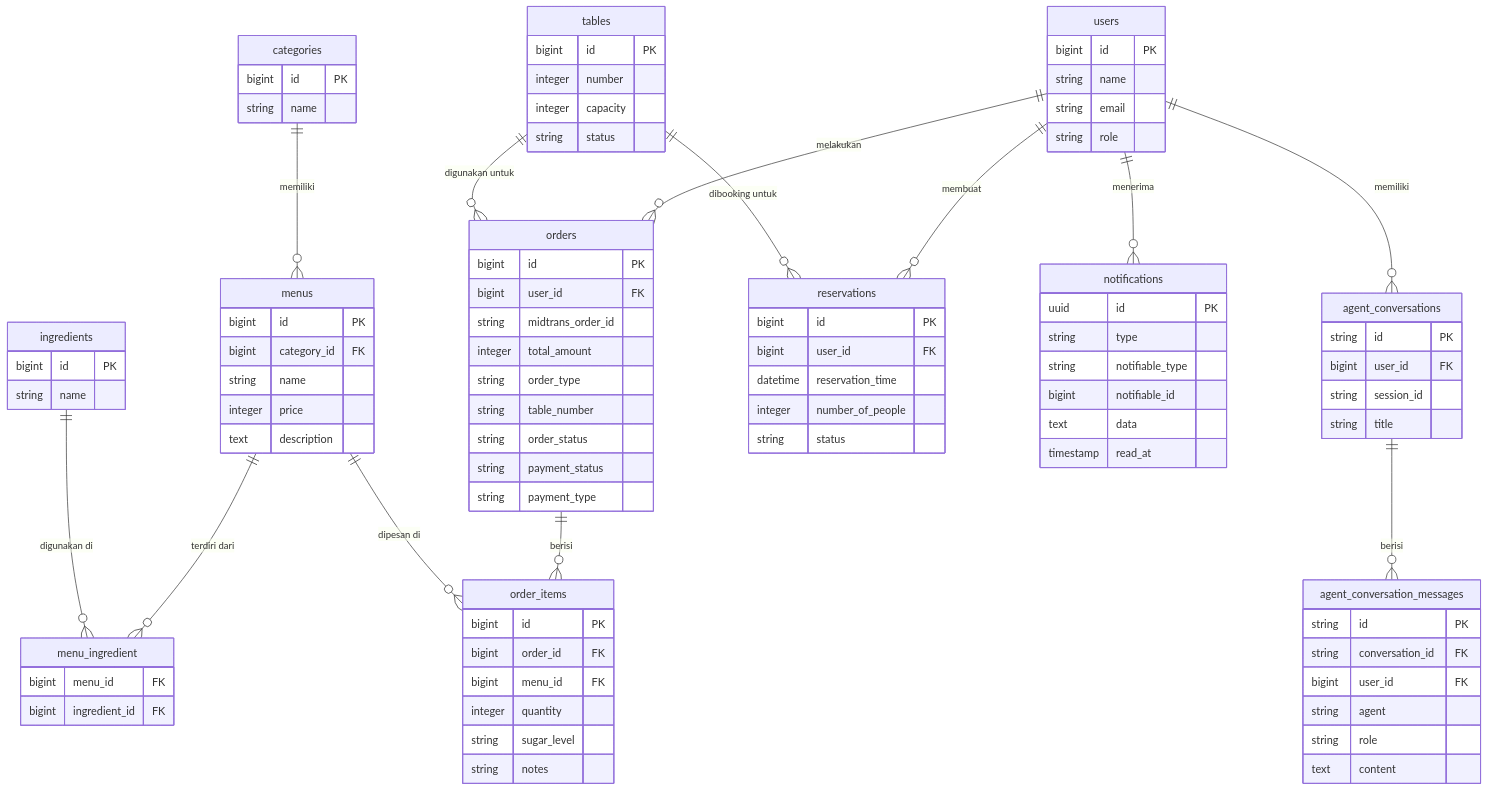
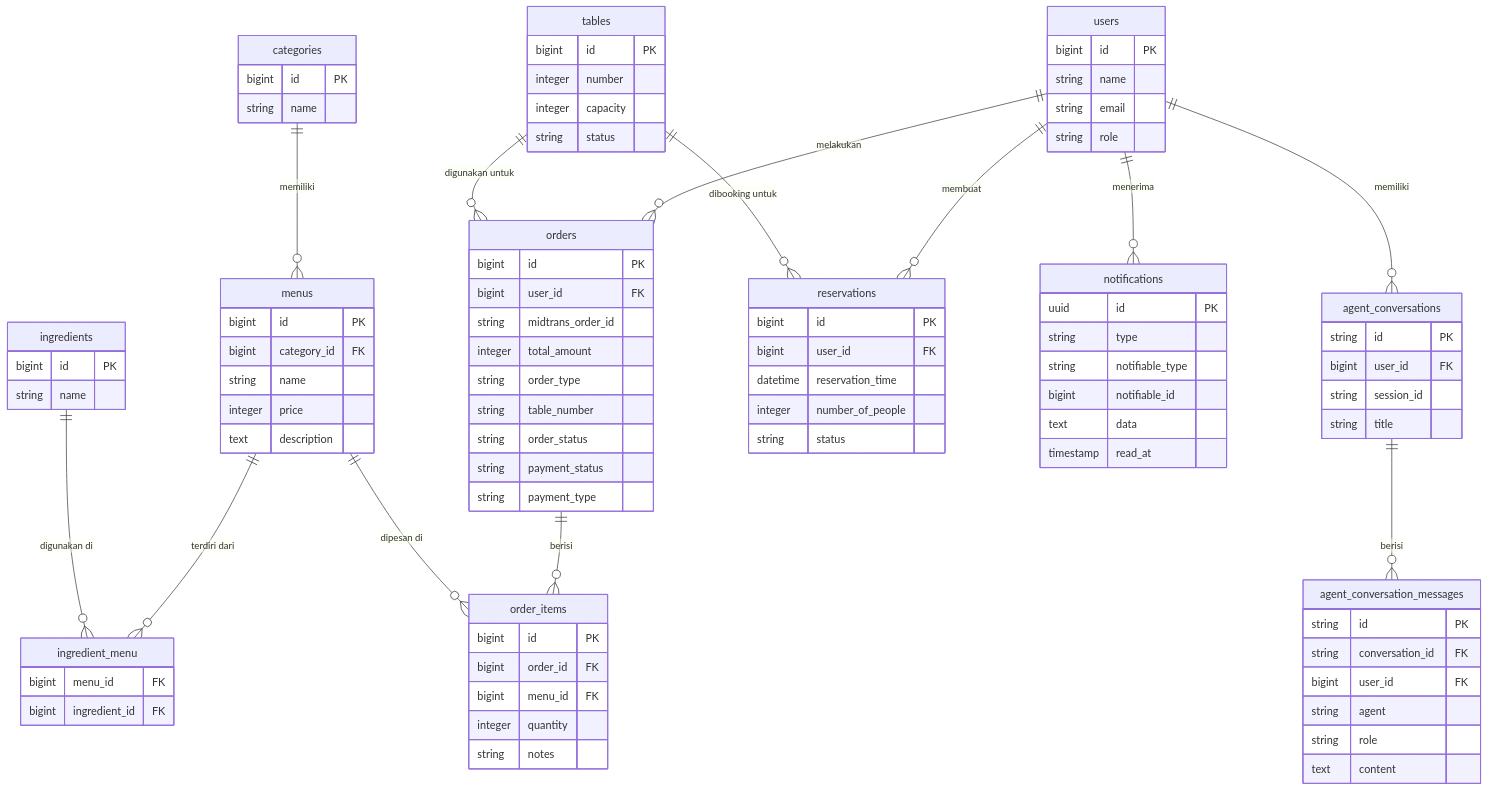
Before and after one commit to voltakits725/taraka-vilt: the diagram in README.md, drawn with Mermaid. The commit also changed other lines of this file and 20 other files, not shown here.

```diff
--- a/README.md
+++ b/README.md
@@ -149,7 +149,7 @@
         string name
     }
     
-    menu_ingredient {
+    ingredient_menu {
         bigint menu_id FK
         bigint ingredient_id FK
     }
@@ -171,7 +171,6 @@
         bigint order_id FK
         bigint menu_id FK
         integer quantity
-        string sugar_level
         string notes
     }
     
@@ -214,8 +213,8 @@
     users ||--o{ agent_conversations : "memiliki"
     agent_conversations ||--o{ agent_conversation_messages : "berisi"
     categories ||--o{ menus : "memiliki"
-    menus ||--o{ menu_ingredient : "terdiri dari"
-    ingredients ||--o{ menu_ingredient : "digunakan di"
+    menus ||--o{ ingredient_menu : "terdiri dari"
+    ingredients ||--o{ ingredient_menu : "digunakan di"
     orders ||--o{ order_items : "berisi"
     menus ||--o{ order_items : "dipesan di"
     tables ||--o{ orders : "digunakan untuk"
```
